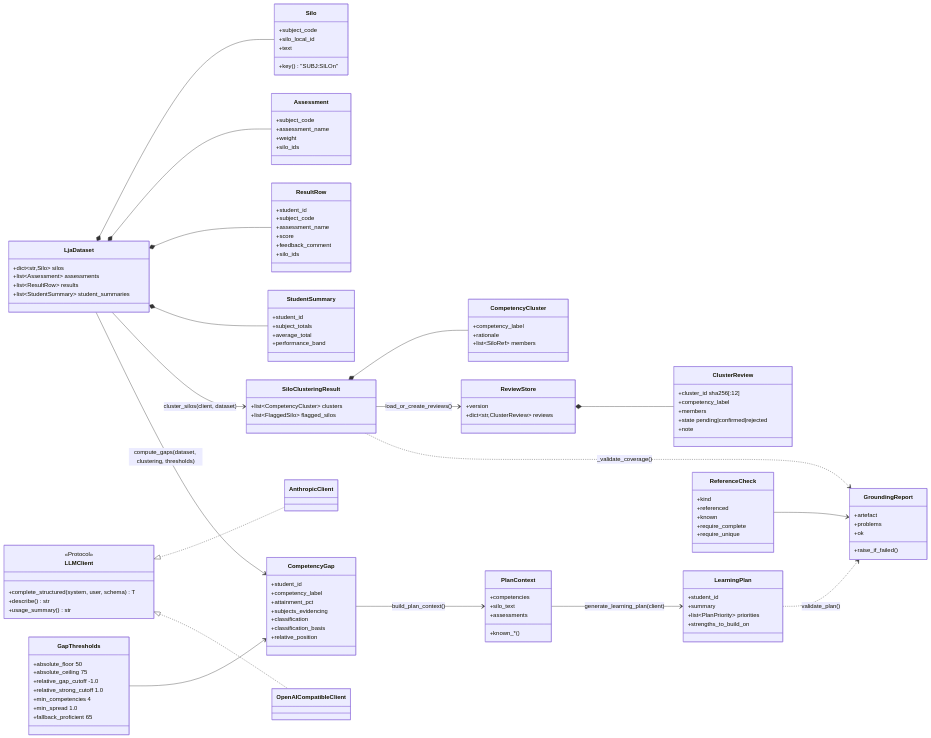
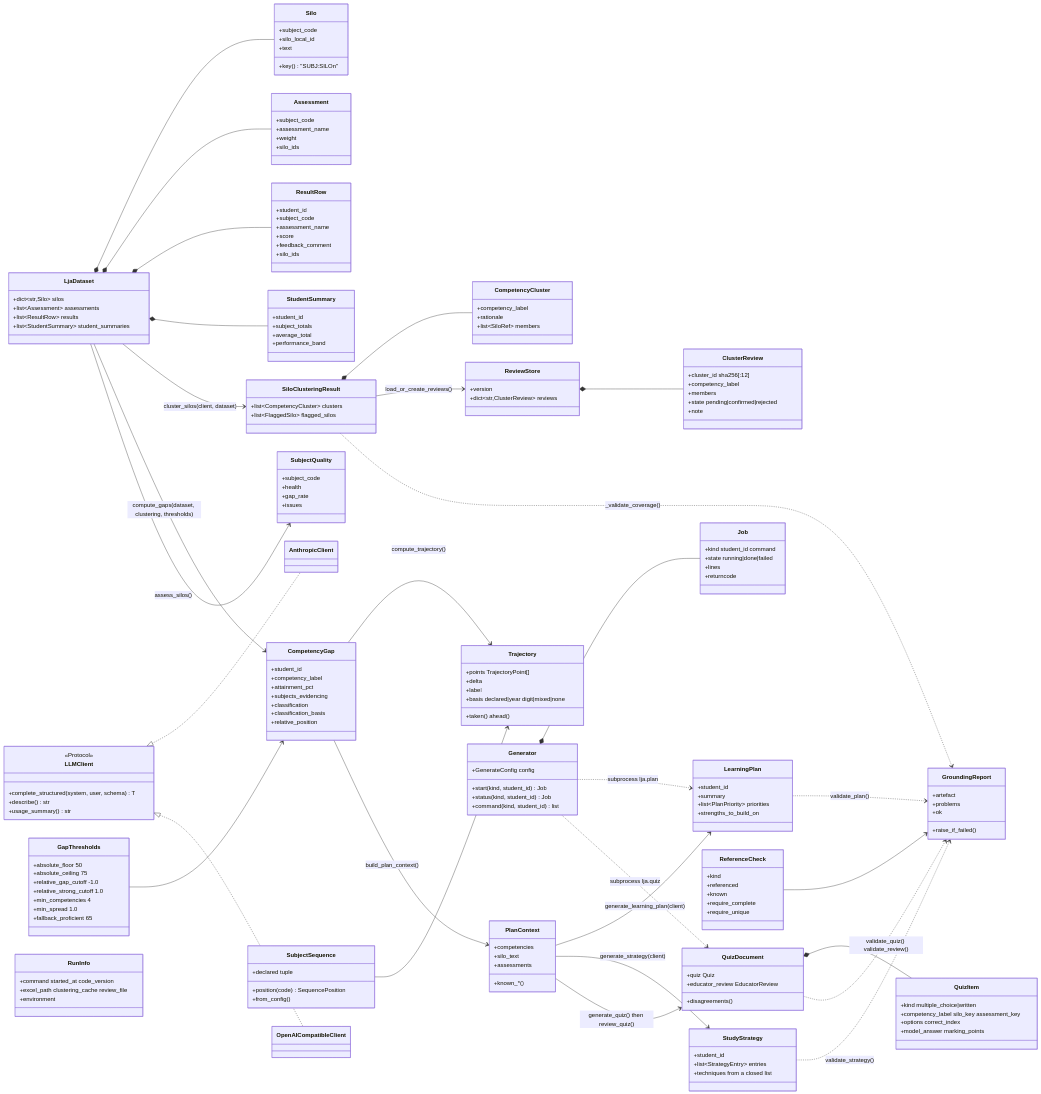
One commit to yetanotherpassword/LearningJourneyAssistant changed the diagram in docs/handover/diagrams/03-classes.mmd. Above: the diagram before and after it, drawn with Mermaid. The commit also changed 48 other files, not shown here.

```diff
--- a/docs/handover/diagrams/03-classes.mmd
+++ b/docs/handover/diagrams/03-classes.mmd
@@ -1,129 +1,193 @@
 classDiagram
     direction LR
 
     class LjaDataset {
         +dict~str,Silo~ silos
         +list~Assessment~ assessments
         +list~ResultRow~ results
         +list~StudentSummary~ student_summaries
     }
     class Silo {
         +subject_code
         +silo_local_id
         +text
         +key() "SUBJ:SILOn"
     }
     class Assessment {
         +subject_code
         +assessment_name
         +weight
         +silo_ids
     }
     class ResultRow {
         +student_id
         +subject_code
         +assessment_name
         +score
         +feedback_comment
         +silo_ids
     }
     class StudentSummary {
         +student_id
         +subject_totals
         +average_total
         +performance_band
     }
     LjaDataset *-- Silo
     LjaDataset *-- Assessment
     LjaDataset *-- ResultRow
     LjaDataset *-- StudentSummary
 
     class LLMClient {
         <<Protocol>>
         +complete_structured(system, user, schema) T
         +describe() str
         +usage_summary() str
     }
     class AnthropicClient
     class OpenAICompatibleClient
     LLMClient <|.. AnthropicClient
     LLMClient <|.. OpenAICompatibleClient
 
     class SiloClusteringResult {
         +list~CompetencyCluster~ clusters
         +list~FlaggedSilo~ flagged_silos
     }
     class CompetencyCluster {
         +competency_label
         +rationale
         +list~SiloRef~ members
     }
     SiloClusteringResult *-- CompetencyCluster
 
     class GapThresholds {
         +absolute_floor 50
         +absolute_ceiling 75
         +relative_gap_cutoff -1.0
         +relative_strong_cutoff 1.0
         +min_competencies 4
         +min_spread 1.0
         +fallback_proficient 65
     }
     class CompetencyGap {
         +student_id
         +competency_label
         +attainment_pct
         +subjects_evidencing
         +classification
         +classification_basis
         +relative_position
     }
 
     class ReviewStore {
         +version
         +dict~str,ClusterReview~ reviews
     }
     class ClusterReview {
         +cluster_id sha256[:12]
         +competency_label
         +members
         +state pending|confirmed|rejected
         +note
     }
     ReviewStore *-- ClusterReview
 
+    class SubjectSequence {
+        +declared tuple
+        +position(code) SequencePosition
+        +from_config()
+    }
+    class Trajectory {
+        +points TrajectoryPoint[]
+        +delta
+        +label
+        +basis declared|year digit|mixed|none
+        +taken() ahead()
+    }
+    class SubjectQuality {
+        +subject_code
+        +health
+        +gap_rate
+        +issues
+    }
+
+    class PlanContext {
+        +competencies
+        +silo_text
+        +assessments
+        +known_*()
+    }
     class LearningPlan {
         +student_id
         +summary
         +list~PlanPriority~ priorities
         +strengths_to_build_on
     }
-    class PlanContext {
-        +competencies
-        +silo_text
-        +assessments
-        +known_*()
+    class StudyStrategy {
+        +student_id
+        +list~StrategyEntry~ entries
+        +techniques from a closed list
     }
+    class QuizDocument {
+        +quiz Quiz
+        +educator_review EducatorReview
+        +disagreements()
+    }
+    class QuizItem {
+        +kind multiple_choice|written
+        +competency_label silo_key assessment_key
+        +options correct_index
+        +model_answer marking_points
+    }
+    QuizDocument *-- QuizItem
     class GroundingReport {
         +artefact
         +problems
         +ok
         +raise_if_failed()
     }
     class ReferenceCheck {
         +kind
         +referenced
         +known
         +require_complete
         +require_unique
     }
 
+    class Generator {
+        +GenerateConfig config
+        +start(kind, student_id) Job
+        +status(kind, student_id) Job
+        +command(kind, student_id) list
+    }
+    class Job {
+        +kind student_id command
+        +state running|done|failed
+        +lines
+        +returncode
+    }
+    Generator *-- Job
+    class RunInfo {
+        +command started_at code_version
+        +excel_path clustering_cache review_file
+        +environment
+    }
+
     LjaDataset --> SiloClusteringResult : cluster_silos(client, dataset)
     SiloClusteringResult --> ReviewStore : load_or_create_reviews()
     LjaDataset --> CompetencyGap : compute_gaps(dataset, clustering, thresholds)
     GapThresholds --> CompetencyGap
+    CompetencyGap --> Trajectory : compute_trajectory()
+    SubjectSequence --> Trajectory
+    LjaDataset --> SubjectQuality : assess_silos()
     CompetencyGap --> PlanContext : build_plan_context()
     PlanContext --> LearningPlan : generate_learning_plan(client)
+    PlanContext --> StudyStrategy : generate_strategy(client)
+    PlanContext --> QuizDocument : generate_quiz() then review_quiz()
     LearningPlan ..> GroundingReport : validate_plan()
+    StudyStrategy ..> GroundingReport : validate_strategy()
+    QuizDocument ..> GroundingReport : validate_quiz() validate_review()
     SiloClusteringResult ..> GroundingReport : _validate_coverage()
     ReferenceCheck --> GroundingReport
+    Generator ..> LearningPlan : subprocess lja.plan
+    Generator ..> QuizDocument : subprocess lja.quiz
```
